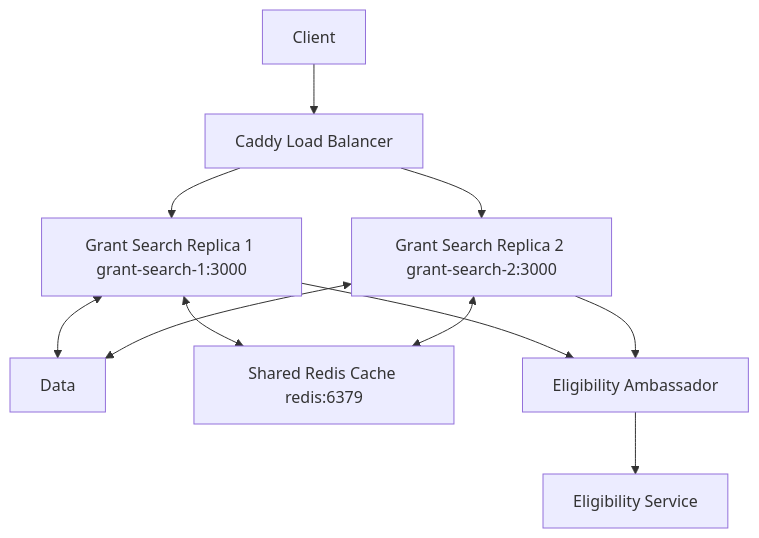
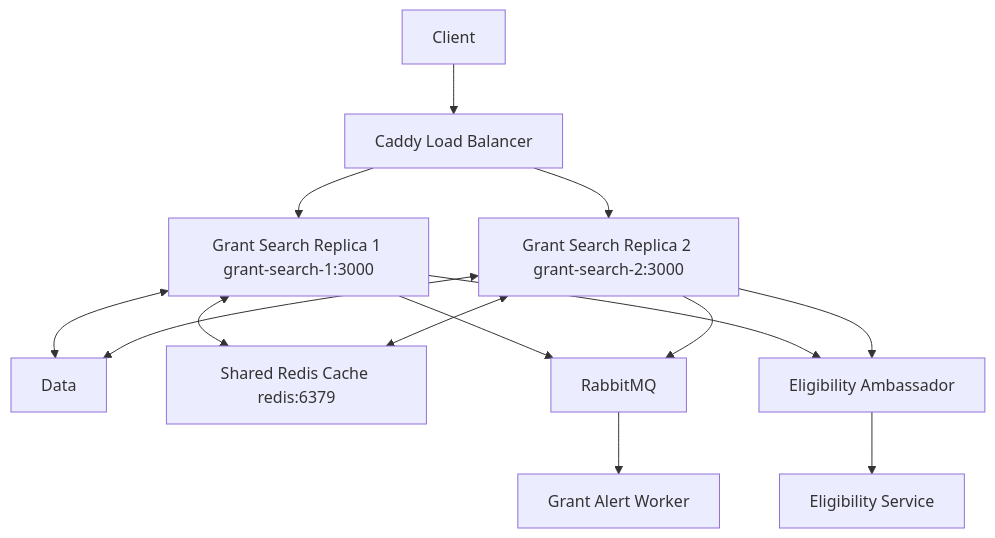
The diagram in docs/SERVICES.md (acmurdockUMASS/426-project-grant-search), drawn with Mermaid before and after one commit.

````diff
--- a/docs/SERVICES.md
+++ b/docs/SERVICES.md
@@ -26,13 +26,16 @@
 ```mermaid
 graph TD;
 A[Client] --> B[Caddy Load Balancer] 
 B --> C[Grant Search Replica 1 grant-search-1:3000]
 B --> D[Grant Search Replica 2 grant-search-2:3000]
 C <--> G[Data]
 C <--> F[Shared Redis Cache redis:6379 ]
 D <--> G
 D <--> F
+C --> J[RabbitMQ]
+D --> J
 C --> H[Eligibility Ambassador]
 D --> H
 H --> I[Eligibility Service]
+J --> K[Grant Alert Worker]
 ```
````
